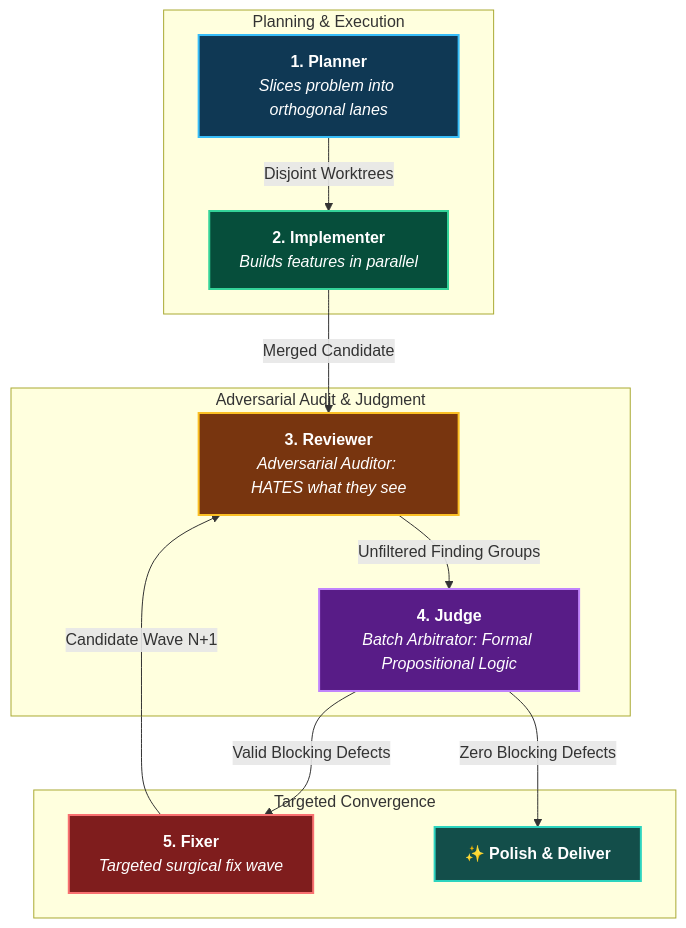
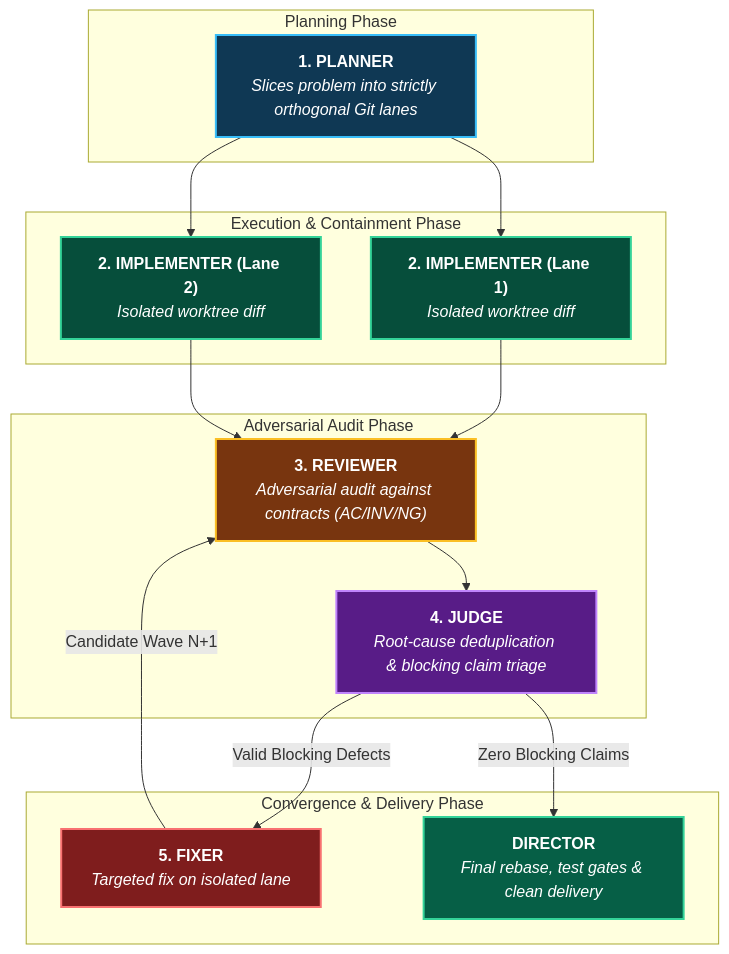
Before and after one commit to jhiver/gauntlet: the first of 3 diagrams in README.md, drawn with Mermaid. The commit also changed other lines of this file and 5 other files, not shown here.

````diff
--- a/README.md
+++ b/README.md
@@ -44,24 +47,33 @@
 ```mermaid
 flowchart TD
-    subgraph Planning & Execution
-        A["<b>1. Planner</b><br><i>Slices problem into orthogonal lanes</i>"] -->|Disjoint Worktrees| B["<b>2. Implementer</b><br><i>Builds features in parallel</i>"]
+    subgraph Planning Phase
+        P["<b>1. PLANNER</b><br><i>Slices problem into strictly orthogonal Git lanes</i>"]
     end
 
-    subgraph Adversarial Audit & Judgment
-        B -->|Merged Candidate| C["<b>3. Reviewer</b><br><i>Adversarial Auditor: HATES what they see</i>"]
-        C -->|Unfiltered Finding Groups| D["<b>4. Judge</b><br><i>Batch Arbitrator: Formal Propositional Logic</i>"]
+    subgraph Execution & Containment Phase
+        I1["<b>2. IMPLEMENTER (Lane 1)</b><br><i>Isolated worktree diff</i>"]
+        I2["<b>2. IMPLEMENTER (Lane 2)</b><br><i>Isolated worktree diff</i>"]
+        P --> I1
+        P --> I2
     end
 
-    subgraph Targeted Convergence
-        D -->|Valid Blocking Defects| E["<b>5. Fixer</b><br><i>Targeted surgical fix wave</i>"]
-        E -->|Candidate Wave N+1| C
-        D -->|Zero Blocking Defects| F["<b>✨ Polish & Deliver</b>"]
+    subgraph Adversarial Audit Phase
+        I1 --> R["<b>3. REVIEWER</b><br><i>Adversarial audit against contracts (AC/INV/NG)</i>"]
+        I2 --> R
+        R --> J["<b>4. JUDGE</b><br><i>Root-cause deduplication & blocking claim triage</i>"]
     end
 
-    style A fill:#0f3854,stroke:#38bdf8,stroke-width:2px,color:#ffffff
-    style B fill:#064e3b,stroke:#34d399,stroke-width:2px,color:#ffffff
-    style C fill:#78350f,stroke:#fbbf24,stroke-width:2px,color:#ffffff
-    style D fill:#581c87,stroke:#c084fc,stroke-width:2px,color:#ffffff
-    style E fill:#7f1d1d,stroke:#f87171,stroke-width:2px,color:#ffffff
-    style F fill:#134e4a,stroke:#2dd4bf,stroke-width:2px,color:#ffffff
+    subgraph Convergence & Delivery Phase
+        J -->|"Valid Blocking Defects"| F["<b>5. FIXER</b><br><i>Targeted fix on isolated lane</i>"]
+        F -->|"Candidate Wave N+1"| R
+        J -->|"Zero Blocking Claims"| D["<b>DIRECTOR</b><br><i>Final rebase, test gates & clean delivery</i>"]
+    end
+
+    style P fill:#0f3854,stroke:#38bdf8,stroke-width:2px,color:#ffffff
+    style I1 fill:#064e3b,stroke:#34d399,stroke-width:2px,color:#ffffff
+    style I2 fill:#064e3b,stroke:#34d399,stroke-width:2px,color:#ffffff
+    style R fill:#78350f,stroke:#fbbf24,stroke-width:2px,color:#ffffff
+    style J fill:#581c87,stroke:#c084fc,stroke-width:2px,color:#ffffff
+    style F fill:#7f1d1d,stroke:#f87171,stroke-width:2px,color:#ffffff
+    style D fill:#065f46,stroke:#34d399,stroke-width:2px,color:#ffffff
 ```
````
